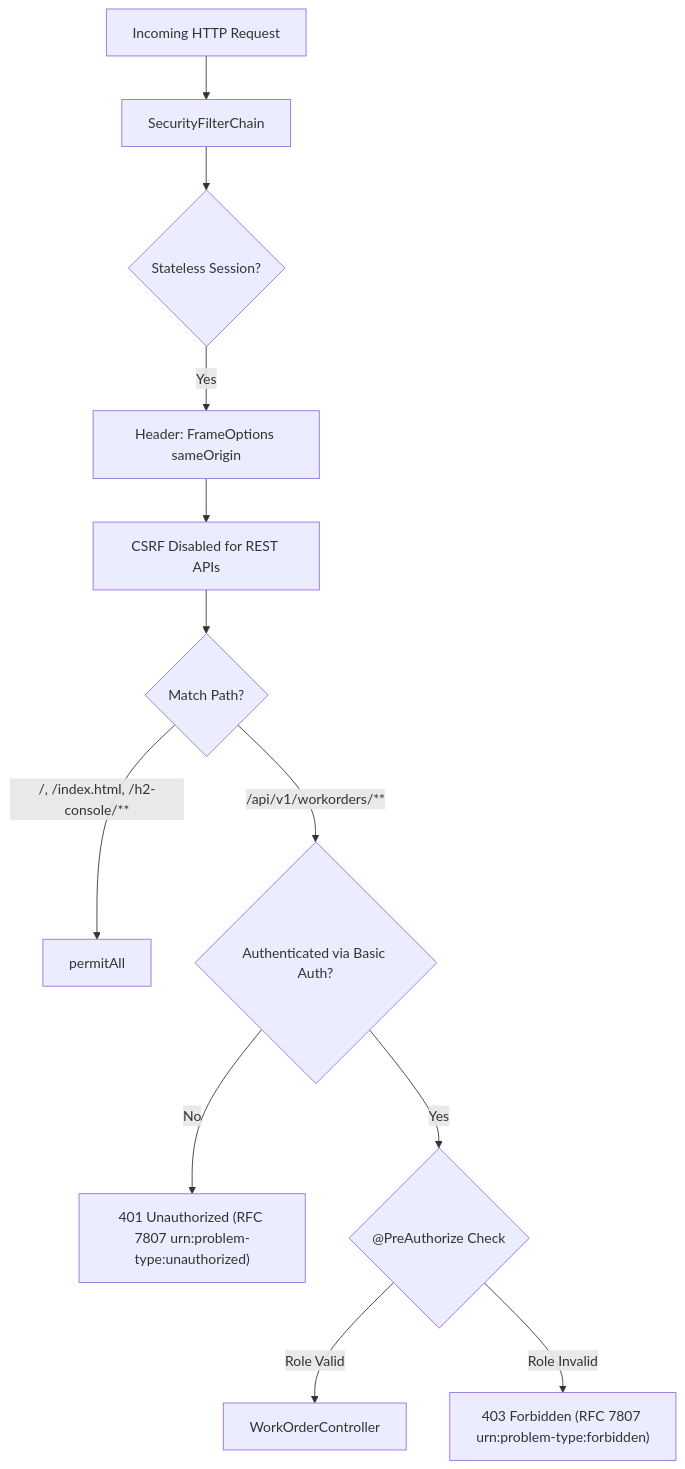
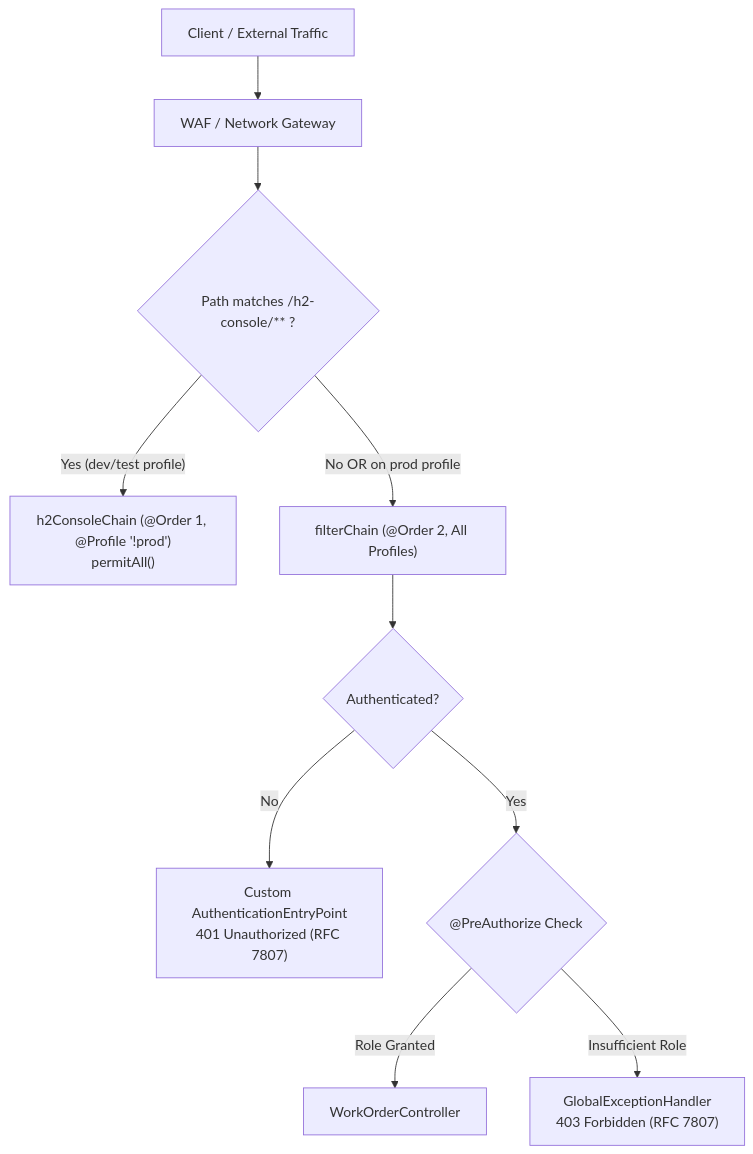
One commit to duongbaphuc/ai-native-oms-api changed the second of 3 diagrams in docs/SECURITY_HANDOVER_REPORT.md. Above: the diagram before and after it, drawn with Mermaid. The commit also changed other lines of this file and 1 other file, not shown here.

Commit message:
docs(security): update system security handover report and sync system handover dossier

````diff
--- a/docs/SECURITY_HANDOVER_REPORT.md
+++ b/docs/SECURITY_HANDOVER_REPORT.md
@@ -170,17 +153,14 @@
 ```mermaid
-flowchart TD
-    Req[Incoming HTTP Request] --> SecFilter[SecurityFilterChain]
-    SecFilter --> SessionChk{Stateless Session?}
-    SessionChk -- Yes --> FrameOpt[Header: FrameOptions sameOrigin]
-    FrameOpt --> CSRF[CSRF Disabled for REST APIs]
-    CSRF --> AuthZ{Match Path?}
+graph TD
+    Client["Client / External Traffic"] --> WAF["WAF / Network Gateway"]
+    WAF --> FilterChainOrder1{"Path matches /h2-console/** ?"}
+    FilterChainOrder1 -- Yes (dev/test profile) --> H2Chain["h2ConsoleChain (@Order 1, @Profile '!prod')\npermitAll()"]
+    FilterChainOrder1 -- No OR on prod profile --> MainChain["filterChain (@Order 2, All Profiles)"]
     
-    AuthZ -- "/, /index.html, /h2-console/**" --> Permit[permitAll]
-    AuthZ -- "/api/v1/workorders/**" --> Authenticated{Authenticated via Basic Auth?}
+    MainChain --> AuthCheck{"Authenticated?"}
+    AuthCheck -- No --> EntryPoint["Custom AuthenticationEntryPoint\n401 Unauthorized (RFC 7807)"]
+    AuthCheck -- Yes --> MethodSecurity{"@PreAuthorize Check"}
     
-    Authenticated -- No --> Err401["401 Unauthorized (RFC 7807 urn:problem-type:unauthorized)"]
-    Authenticated -- Yes --> MethodSec{"@PreAuthorize Check"}
-    
-    MethodSec -- Role Valid --> Controller[WorkOrderController]
-    MethodSec -- Role Invalid --> Err403["403 Forbidden (RFC 7807 urn:problem-type:forbidden)"]
+    MethodSecurity -- Role Granted --> Controller["WorkOrderController"]
+    MethodSecurity -- Insufficient Role --> Denied["GlobalExceptionHandler\n403 Forbidden (RFC 7807)"]
 ```
````
